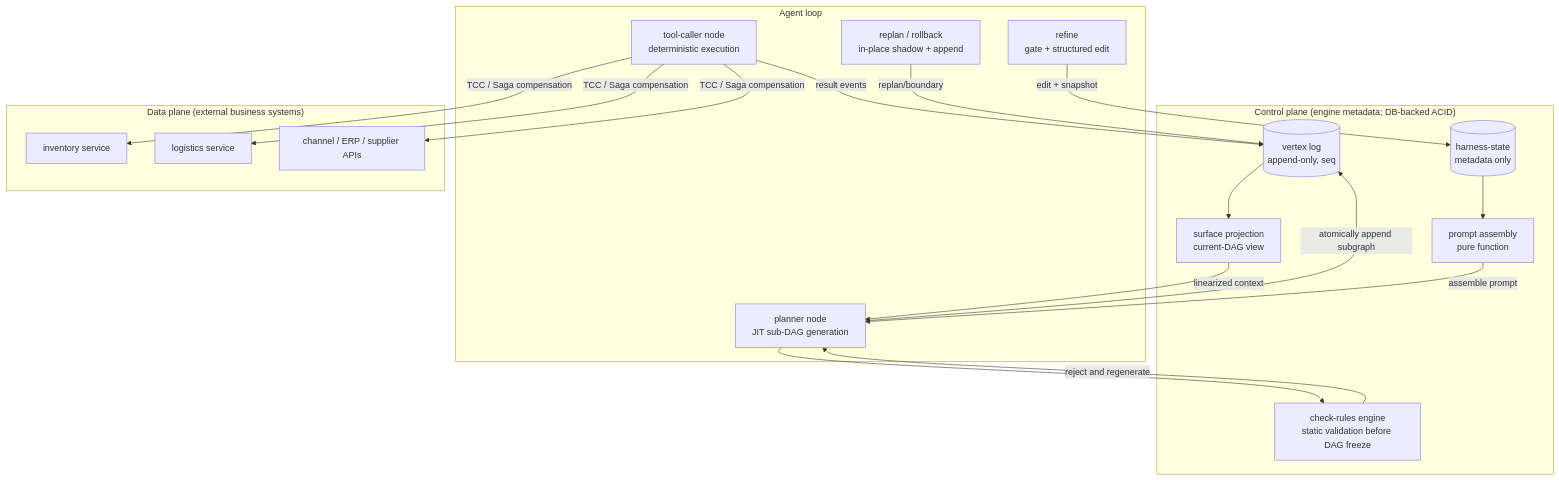
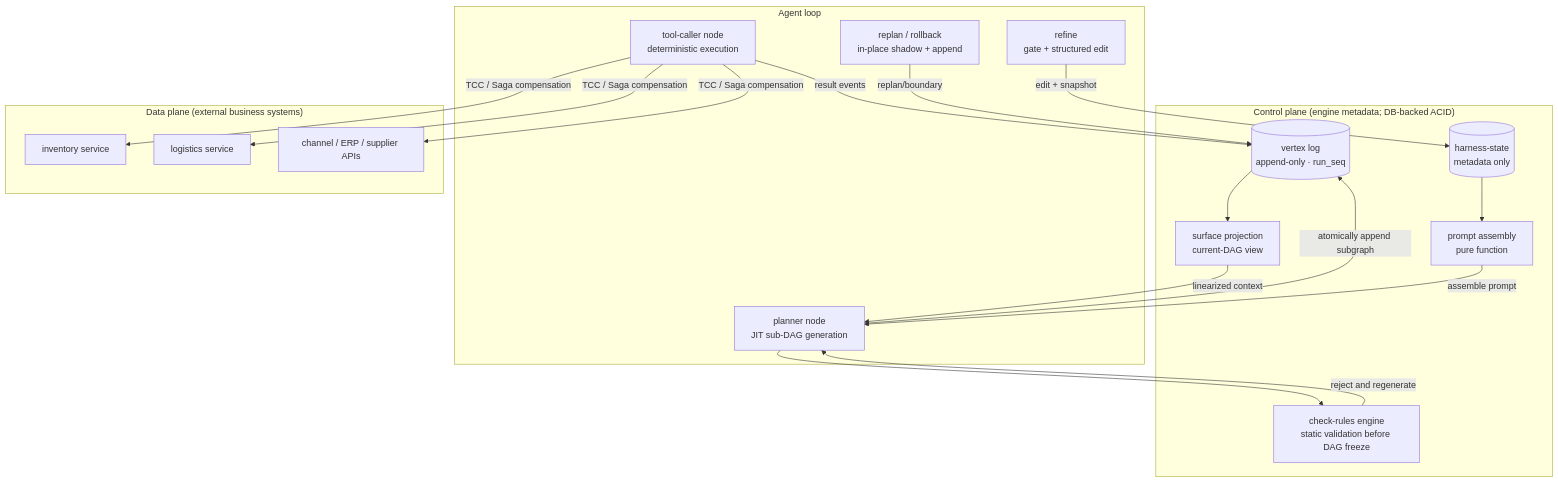
The diagram in doc/design/00-overview.md (linuxb/flory-ai), drawn with Mermaid before and after one commit. The commit also changed other lines of this file and 34 other files, not shown here.

````diff
--- a/doc/design/00-overview.md
+++ b/doc/design/00-overview.md
@@ -44,35 +45,35 @@
 ```mermaid
 flowchart TB
     subgraph ControlPlane["Control plane (engine metadata; DB-backed ACID)"]
-        VL[("vertex log<br/>append-only, seq")]
+        VL[("vertex log<br/>append-only · run_seq")]
         SF["surface projection<br/>current-DAG view"]
         CR["check-rules engine<br/>static validation before DAG freeze"]
         HS[("harness-state<br/>metadata only")]
         PA["prompt assembly<br/>pure function"]
     end
 
     subgraph AgentLoop["Agent loop"]
         P["planner node<br/>JIT sub-DAG generation"]
         T["tool-caller node<br/>deterministic execution"]
         RP["replan / rollback<br/>in-place shadow + append"]
         RF["refine<br/>gate + structured edit"]
     end
 
     subgraph DataPlane["Data plane (external business systems)"]
         INV["inventory service"]
         LOG["logistics service"]
         CH["channel / ERP / supplier APIs"]
     end
 
     P -- "atomically append subgraph" --> VL
     VL --> SF
     SF -- "linearized context" --> P
     P --> CR
     CR -- "reject and regenerate" --> P
     T -- "TCC / Saga compensation" --> INV & LOG & CH
     T -- "result events" --> VL
     RP -- "replan/boundary" --> VL
     RF -- "edit + snapshot" --> HS
     HS --> PA
     PA -- "assemble prompt" --> P
 ```
````
